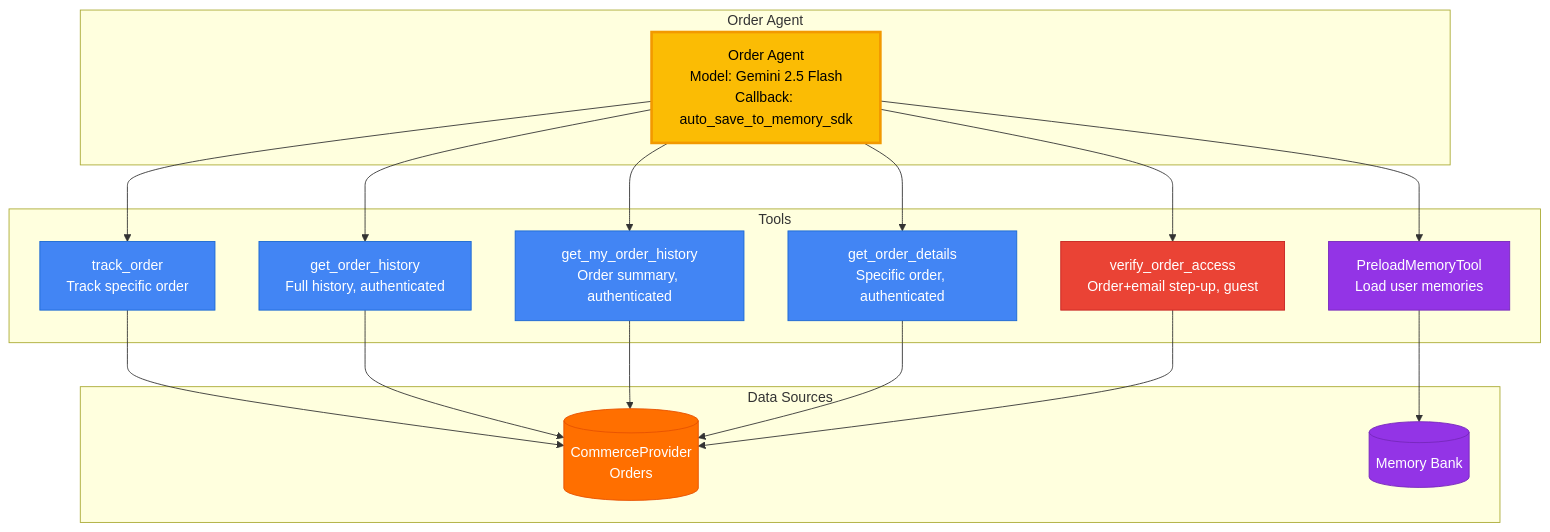
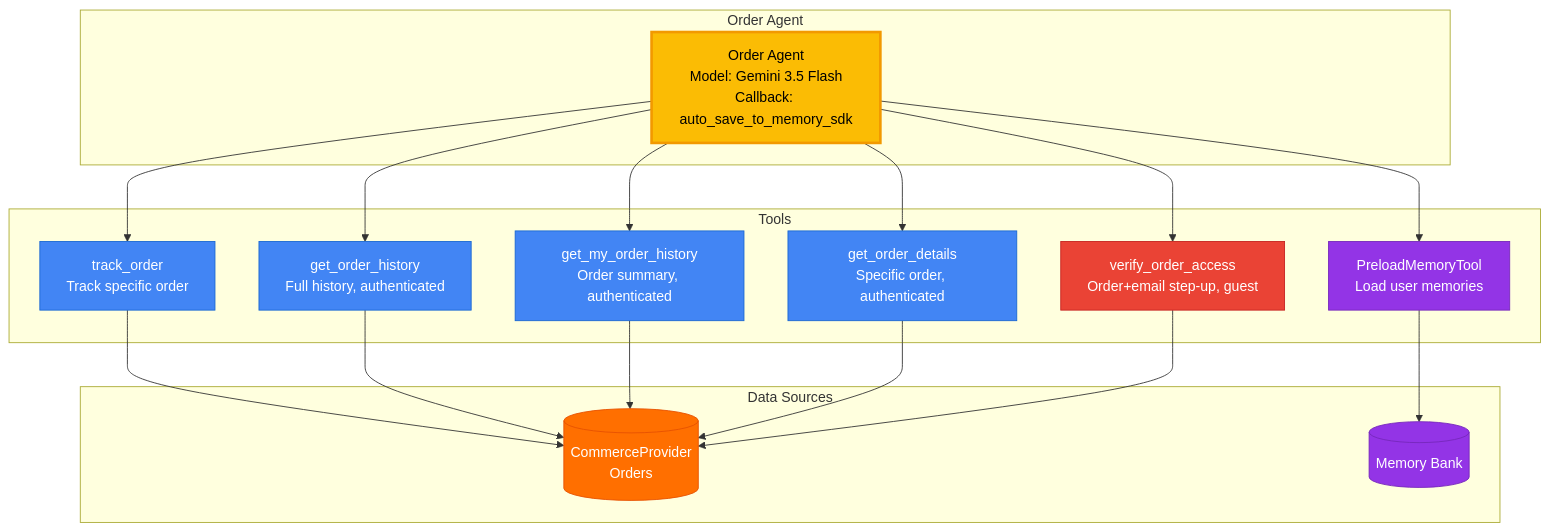
Before and after one commit to Saoussen-CH/adk-multiagent-production-template: the fifth of 6 diagrams in docs/ARCHITECTURE.md, drawn with Mermaid. The commit also changed other lines of this file and 10 other files, not shown here.

First line of the commit message:
docs: update stale Gemini 2.5 Pro/Flash references to 3.5 Flash

````diff
--- a/docs/ARCHITECTURE.md
+++ b/docs/ARCHITECTURE.md
@@ -319,44 +319,44 @@
 ```mermaid
 graph TB
     subgraph "Order Agent"
-        Agent[Order Agent<br/>Model: Gemini 2.5 Flash<br/>Callback: auto_save_to_memory_sdk]
+        Agent[Order Agent<br/>Model: Gemini 3.5 Flash<br/>Callback: auto_save_to_memory_sdk]
     end
 
     subgraph "Tools"
         T0[PreloadMemoryTool<br/>Load user memories]
         T1[track_order<br/>Track specific order]
         T2[get_order_history<br/>Full history, authenticated]
         T3[get_my_order_history<br/>Order summary, authenticated]
         T4[get_order_details<br/>Specific order, authenticated]
         T5[verify_order_access<br/>Order+email step-up, guest]
     end
 
     subgraph "Data Sources"
         Firestore[(CommerceProvider<br/>Orders)]
         Memory[(Memory Bank)]
     end
 
     Agent --> T0
     Agent --> T1
     Agent --> T2
     Agent --> T3
     Agent --> T4
     Agent --> T5
 
     T0 --> Memory
     T1 --> Firestore
     T2 --> Firestore
     T3 --> Firestore
     T4 --> Firestore
     T5 --> Firestore
 
     style Agent fill:#FBBC04,stroke:#F29900,color:#000,stroke-width:3px
     style T0 fill:#9334E6,stroke:#7627BB,color:#fff
     style T1 fill:#4285F4,stroke:#1967D2,color:#fff
     style T2 fill:#4285F4,stroke:#1967D2,color:#fff
     style T3 fill:#4285F4,stroke:#1967D2,color:#fff
     style T4 fill:#4285F4,stroke:#1967D2,color:#fff
     style T5 fill:#EA4335,stroke:#C5221F,color:#fff
     style Firestore fill:#FF6F00,stroke:#E65100,color:#fff
     style Memory fill:#9334E6,stroke:#7627BB,color:#fff
 ```
````
